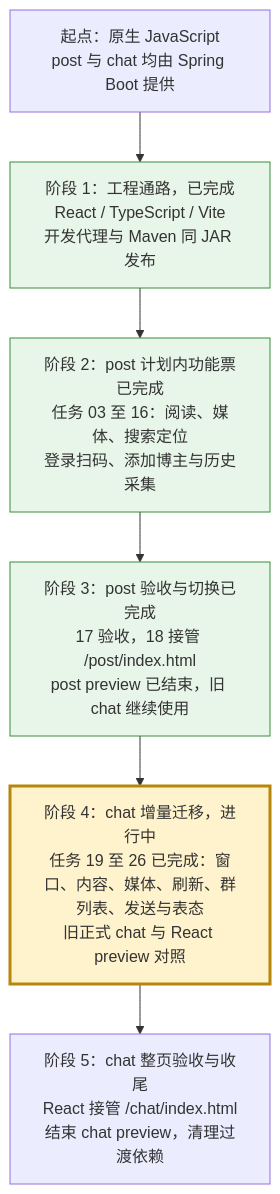
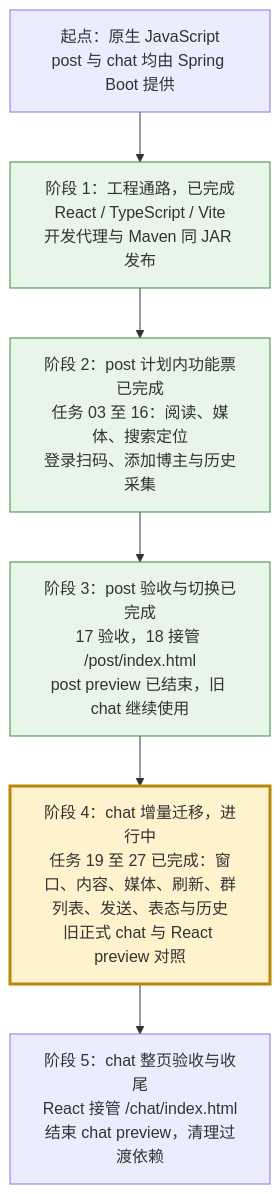
One commit to findxyz/vb-weibo-plus changed the diagram in .scratch/react-migration/PLAN.md. Above: the diagram before and after it, drawn with Mermaid. The commit also changed other lines of this file and 10 other files, not shown here.

````diff
--- a/.scratch/react-migration/PLAN.md
+++ b/.scratch/react-migration/PLAN.md
@@ -17,14 +17,14 @@
 ```mermaid
 flowchart TD
     A["起点：原生 JavaScript<br/>post 与 chat 均由 Spring Boot 提供"]
     B["阶段 1：工程通路，已完成<br/>React / TypeScript / Vite<br/>开发代理与 Maven 同 JAR 发布"]
     C["阶段 2：post 计划内功能票已完成<br/>任务 03 至 16：阅读、媒体、搜索定位<br/>登录扫码、添加博主与历史采集"]
     D["阶段 3：post 验收与切换已完成<br/>17 验收，18 接管 /post/index.html<br/>post preview 已结束，旧 chat 继续使用"]
-    E["阶段 4：chat 增量迁移，进行中<br/>任务 19 至 26 已完成：窗口、内容、媒体、刷新、群列表、发送与表态<br/>旧正式 chat 与 React preview 对照"]
+    E["阶段 4：chat 增量迁移，进行中<br/>任务 19 至 27 已完成：窗口、内容、媒体、刷新、群列表、发送、表态与历史<br/>旧正式 chat 与 React preview 对照"]
     F["阶段 5：chat 整页验收与收尾<br/>React 接管 /chat/index.html<br/>结束 chat preview，清理过渡依赖"]
     A --> B --> C --> D --> E --> F
     classDef complete fill:#e8f5e9,stroke:#388e3c
     classDef current fill:#fff3cd,stroke:#b8860b,stroke-width:3px
     class B,C,D complete
     class E current
 ```
````
